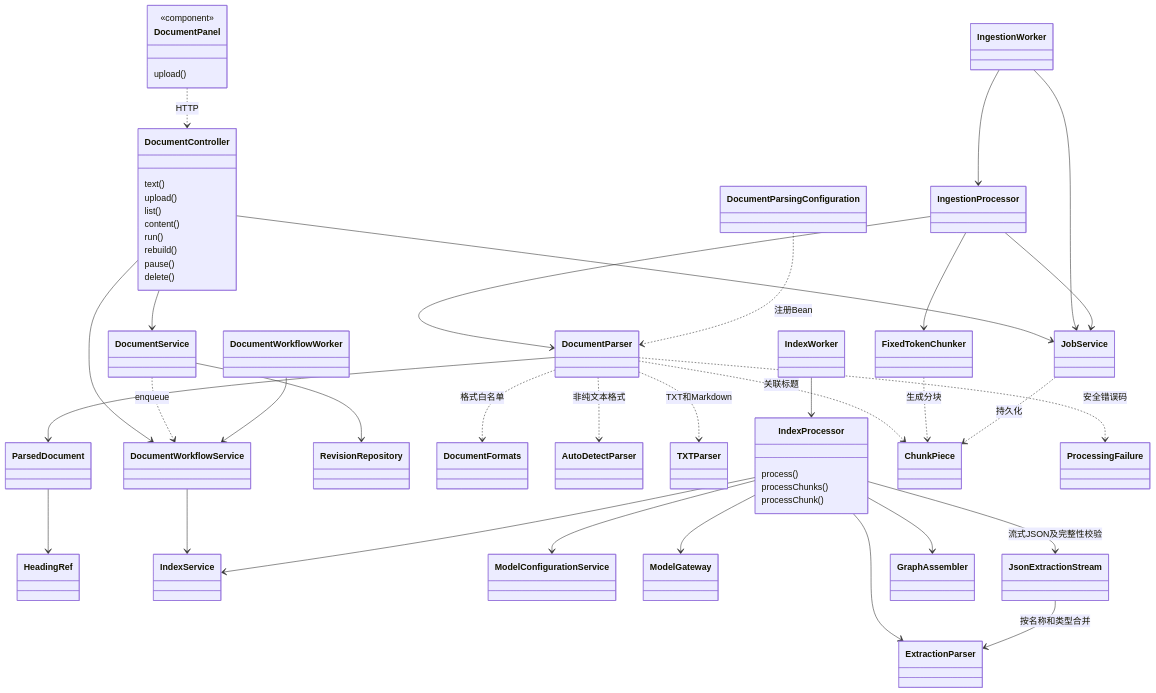
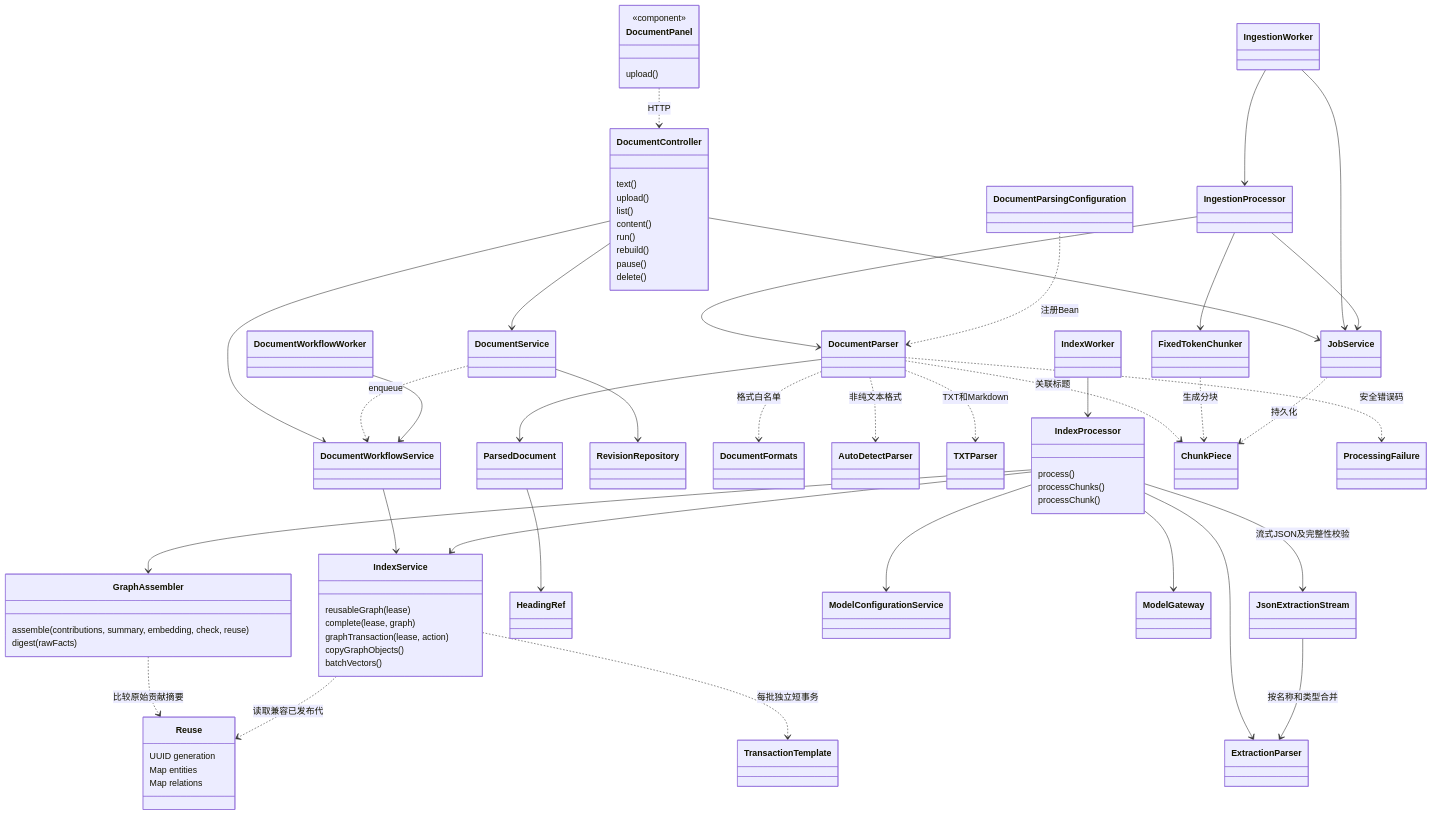
One commit to czhcc/TjLightRAG changed the first of 2 diagrams in docs/文档管理实现.md. Above: the diagram before and after it, drawn with Mermaid. The commit also changed other lines of this file and 9 other files, not shown here.

Commit message:
feat: incrementally reuse graph outputs and batch index publication

````diff
--- a/docs/文档管理实现.md
+++ b/docs/文档管理实现.md
@@ -22,53 +24,72 @@
 ```mermaid
 classDiagram
     class DocumentPanel {
       <<component>>
       upload()
     }
     class DocumentController {
       text()
       upload()
       list()
       content()
       run()
       rebuild()
       pause()
       delete()
     }
     class IndexProcessor {
       process()
       processChunks()
       processChunk()
     }
+    class GraphAssembler {
+      assemble(contributions, summary, embedding, check, reuse)
+      digest(rawFacts)
+    }
+    class Reuse {
+      UUID generation
+      Map entities
+      Map relations
+    }
+    class IndexService {
+      reusableGraph(lease)
+      complete(lease, graph)
+      graphTransaction(lease, action)
+      copyGraphObjects()
+      batchVectors()
+    }
+    GraphAssembler ..> Reuse : 比较原始贡献摘要
+    IndexService ..> Reuse : 读取兼容已发布代
+    IndexService ..> TransactionTemplate : 每批独立短事务
     DocumentPanel ..> DocumentController : HTTP
     DocumentController --> DocumentService
     DocumentController --> JobService
     DocumentController --> DocumentWorkflowService
     DocumentService --> RevisionRepository
     DocumentService ..> DocumentWorkflowService : enqueue
     IngestionWorker --> JobService
     IngestionWorker --> IngestionProcessor
     IngestionProcessor --> JobService
     IngestionProcessor --> DocumentParser
     IngestionProcessor --> FixedTokenChunker
     DocumentParsingConfiguration ..> DocumentParser : 注册Bean
     DocumentParser ..> DocumentFormats : 格式白名单
     DocumentParser ..> AutoDetectParser : 非纯文本格式
     DocumentParser ..> TXTParser : TXT和Markdown
     DocumentParser --> ParsedDocument
     ParsedDocument --> HeadingRef
     DocumentParser ..> ChunkPiece : 关联标题
     DocumentParser ..> ProcessingFailure : 安全错误码
     FixedTokenChunker ..> ChunkPiece : 生成分块
     JobService ..> ChunkPiece : 持久化
     DocumentWorkflowWorker --> DocumentWorkflowService
     DocumentWorkflowService --> IndexService
     IndexWorker --> IndexProcessor
     IndexProcessor --> IndexService
     IndexProcessor --> ModelConfigurationService
     IndexProcessor --> ModelGateway
     IndexProcessor --> ExtractionParser
     IndexProcessor --> JsonExtractionStream : 流式JSON及完整性校验
     JsonExtractionStream --> ExtractionParser : 按名称和类型合并
     IndexProcessor --> GraphAssembler
 ```
````
